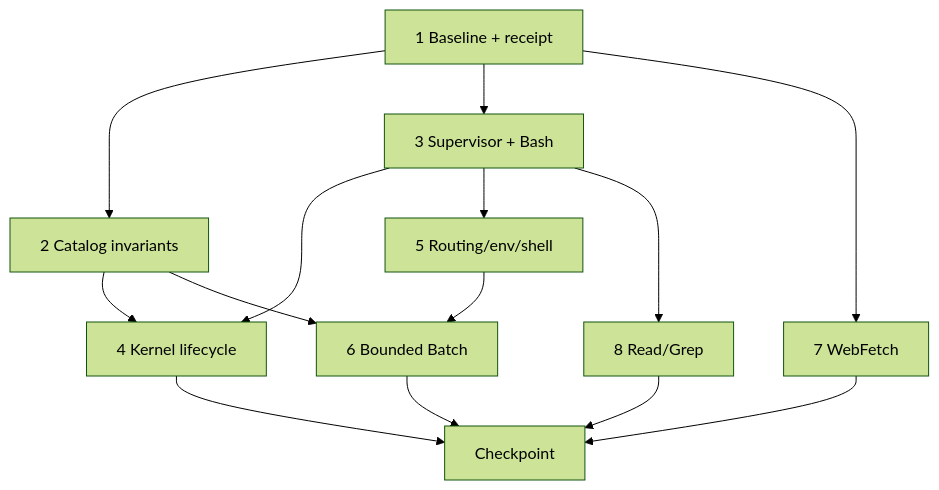
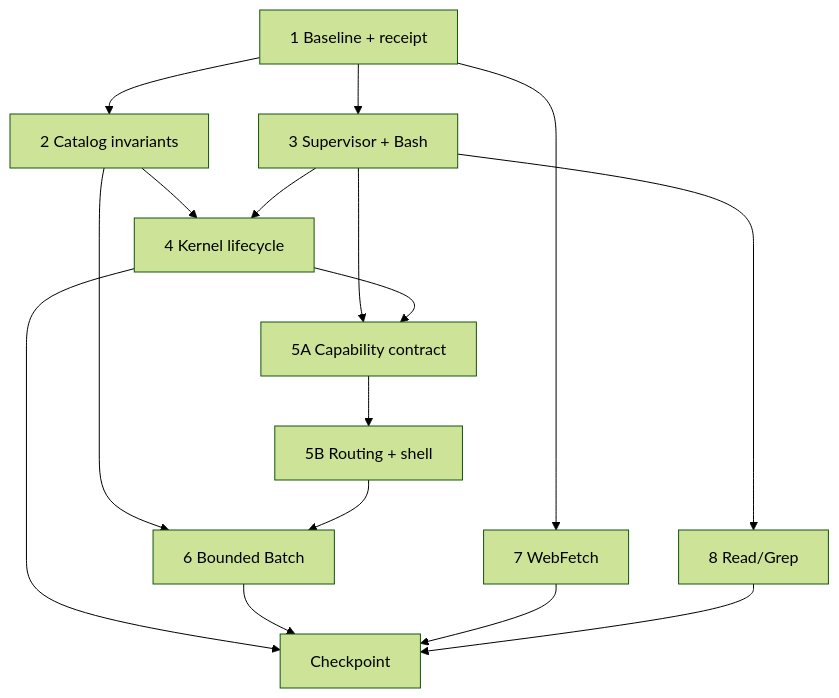
One commit to medhorizon/medhorizon changed the second of 2 diagrams in tasks/plans/18-tool-runtime-optimization.md. Above: the diagram before and after it, drawn with Mermaid (forest theme). The commit also changed other lines of this file and 74 other files, not shown here.

````diff
--- a/tasks/plans/18-tool-runtime-optimization.md
+++ b/tasks/plans/18-tool-runtime-optimization.md
@@ -312,16 +384,18 @@
 ```mermaid
 flowchart TD
   T1["1 Baseline + receipt"] --> T2["2 Catalog invariants"]
   T1 --> T3["3 Supervisor + Bash"]
   T1 --> T7["7 WebFetch"]
   T2 --> T4["4 Kernel lifecycle"]
   T3 --> T4
-  T3 --> T5["5 Routing/env/shell"]
+  T3 --> T5A["5A Capability contract"]
+  T4 --> T5A
+  T5A --> T5B["5B Routing + shell"]
   T2 --> T6["6 Bounded Batch"]
-  T5 --> T6
+  T5B --> T6
   T3 --> T8["8 Read/Grep"]
   T4 --> C["Checkpoint"]
   T6 --> C
   T7 --> C
   T8 --> C
 ```
````
